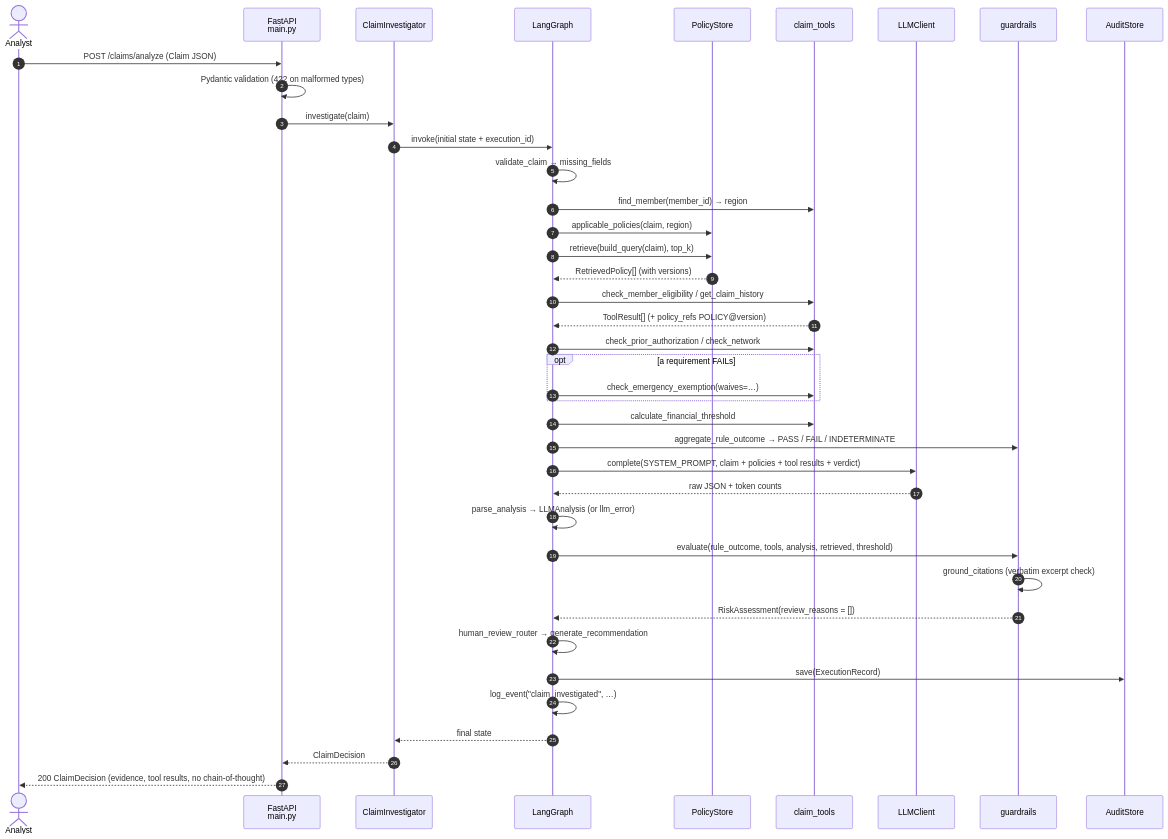
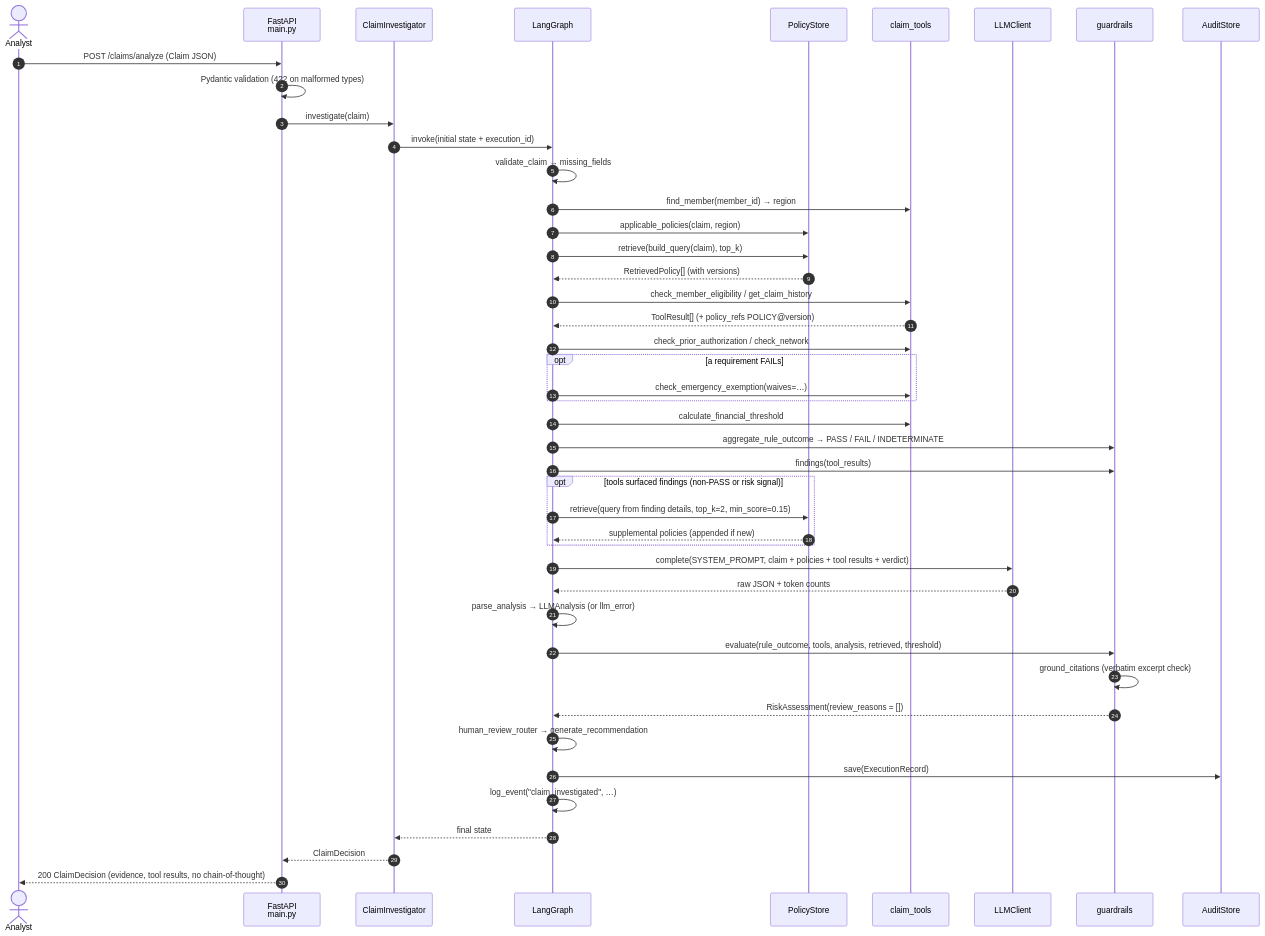
The seventh of 17 diagrams in docs/ARCHITECTURE.md (jefersonbraga/ClaimPilot), drawn with Mermaid before and after one commit. The commit also changed other lines of this file and 16 other files, not shown here.

````diff
--- a/docs/ARCHITECTURE.md
+++ b/docs/ARCHITECTURE.md
@@ -464,48 +482,54 @@
 ```mermaid
 sequenceDiagram
     autonumber
     actor Analyst
     participant API as FastAPI<br/>main.py
     participant INV as ClaimInvestigator
     participant G as LangGraph
     participant PS as PolicyStore
     participant T as claim_tools
     participant LLM as LLMClient
     participant GR as guardrails
     participant AU as AuditStore
 
     Analyst->>API: POST /claims/analyze (Claim JSON)
     API->>API: Pydantic validation (422 on malformed types)
     API->>INV: investigate(claim)
     INV->>G: invoke(initial state + execution_id)
 
     G->>G: validate_claim → missing_fields
     G->>T: find_member(member_id) → region
     G->>PS: applicable_policies(claim, region)
     G->>PS: retrieve(build_query(claim), top_k)
     PS-->>G: RetrievedPolicy[] (with versions)
 
     G->>T: check_member_eligibility / get_claim_history
     T-->>G: ToolResult[] (+ policy_refs POLICY@version)
     G->>T: check_prior_authorization / check_network
     opt a requirement FAILs
         G->>T: check_emergency_exemption(waives=…)
     end
     G->>T: calculate_financial_threshold
     G->>GR: aggregate_rule_outcome → PASS / FAIL / INDETERMINATE
 
+    G->>GR: findings(tool_results)
+    opt tools surfaced findings (non-PASS or risk signal)
+        G->>PS: retrieve(query from finding details, top_k=2, min_score=0.15)
+        PS-->>G: supplemental policies (appended if new)
+    end
+
     G->>LLM: complete(SYSTEM_PROMPT, claim + policies + tool results + verdict)
     LLM-->>G: raw JSON + token counts
     G->>G: parse_analysis → LLMAnalysis (or llm_error)
 
     G->>GR: evaluate(rule_outcome, tools, analysis, retrieved, threshold)
     GR->>GR: ground_citations (verbatim excerpt check)
     GR-->>G: RiskAssessment(review_reasons = [])
 
     G->>G: human_review_router → generate_recommendation
     G->>AU: save(ExecutionRecord)
     G->>G: log_event("claim_investigated", …)
     G-->>INV: final state
     INV-->>API: ClaimDecision
     API-->>Analyst: 200 ClaimDecision (evidence, tool results, no chain-of-thought)
 ```
````
